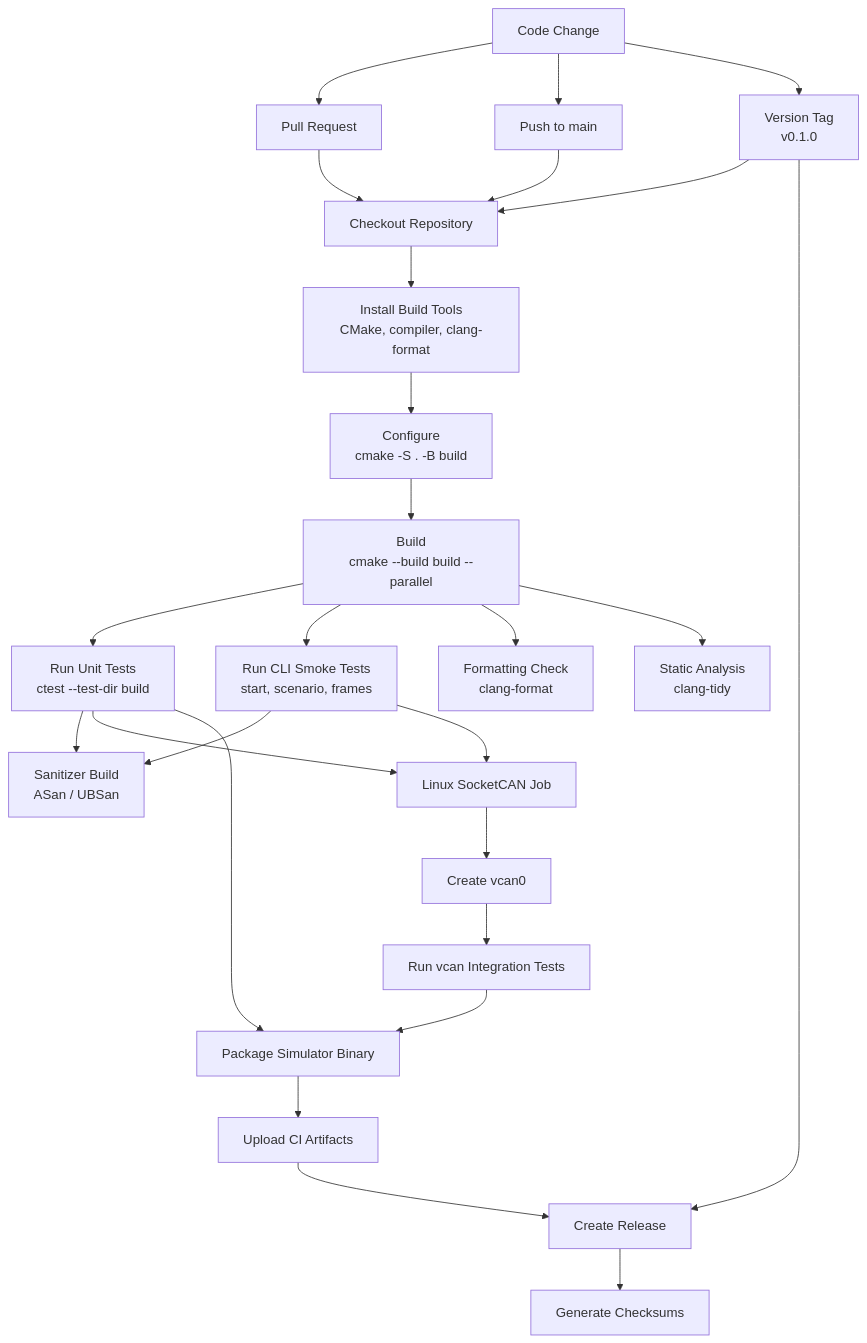
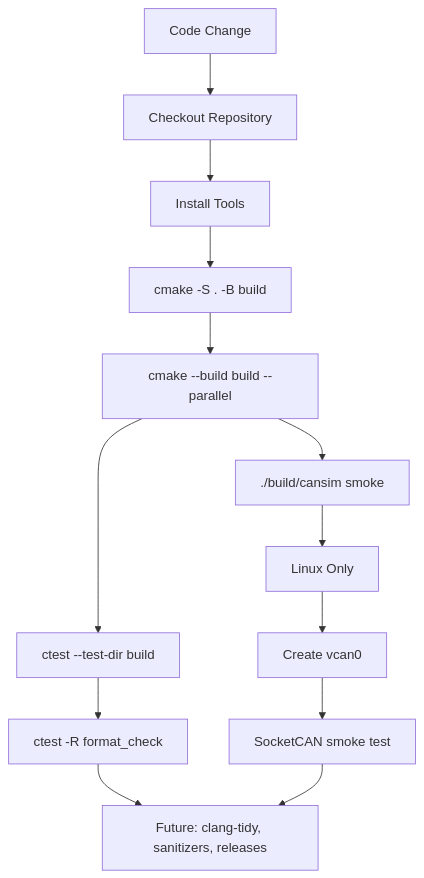
One commit to theoavgitidis/CanSimulatorCICD changed the sixth of 6 diagrams in docs/plannedArchitectures/architecture-diagrams.md. Above: the diagram before and after it, drawn with Mermaid. The commit also changed other lines of this file and 9 other files, not shown here.

````diff
--- a/docs/plannedArchitectures/architecture-diagrams.md
+++ b/docs/plannedArchitectures/architecture-diagrams.md
@@ -230,57 +231,28 @@
 ```mermaid
 flowchart TD
     change["Code Change"]
-    pr["Pull Request"]
-    main["Push to main"]
-    tag["Version Tag<br/>v0.1.0"]
+    checkout["Checkout Repository"]
+    tools["Install Tools"]
+    configure["cmake -S . -B build"]
+    build["cmake --build build --parallel"]
+    tests["ctest --test-dir build"]
+    format["ctest -R format_check"]
+    cliSmoke["./build/cansim smoke"]
+    linuxOnly["Linux Only"]
+    vcanSetup["Create vcan0"]
+    socketSmoke["SocketCAN smoke test"]
+    future["Future: clang-tidy, sanitizers, releases"]
 
-    checkout["Checkout Repository"]
-    tools["Install Build Tools<br/>CMake, compiler, clang-format"]
-    configure["Configure<br/>cmake -S . -B build"]
-    build["Build<br/>cmake --build build --parallel"]
-    unit["Run Unit Tests<br/>ctest --test-dir build"]
-    cliSmoke["Run CLI Smoke Tests<br/>start, scenario, frames"]
-    format["Formatting Check<br/>clang-format"]
-    static["Static Analysis<br/>clang-tidy"]
-    sanitizer["Sanitizer Build<br/>ASan / UBSan"]
-
-    linuxOnly["Linux SocketCAN Job"]
-    vcanSetup["Create vcan0"]
-    integration["Run vcan Integration Tests"]
-
-    package["Package Simulator Binary"]
-    artifacts["Upload CI Artifacts"]
-    release["Create Release"]
-    checksums["Generate Checksums"]
-
-    change --> pr
-    change --> main
-    change --> tag
-
-    pr --> checkout
-    main --> checkout
-    tag --> checkout
-
+    change --> checkout
     checkout --> tools
     tools --> configure
     configure --> build
-    build --> unit
+    build --> tests
     build --> cliSmoke
-    build --> format
-    build --> static
-    unit --> sanitizer
-    cliSmoke --> sanitizer
-
-    unit --> linuxOnly
+    tests --> format
     cliSmoke --> linuxOnly
     linuxOnly --> vcanSetup
-    vcanSetup --> integration
-
-    unit --> package
-    integration --> package
-    package --> artifacts
-
-    tag --> release
-    artifacts --> release
-    release --> checksums
+    vcanSetup --> socketSmoke
+    format --> future
+    socketSmoke --> future
 ```
````
